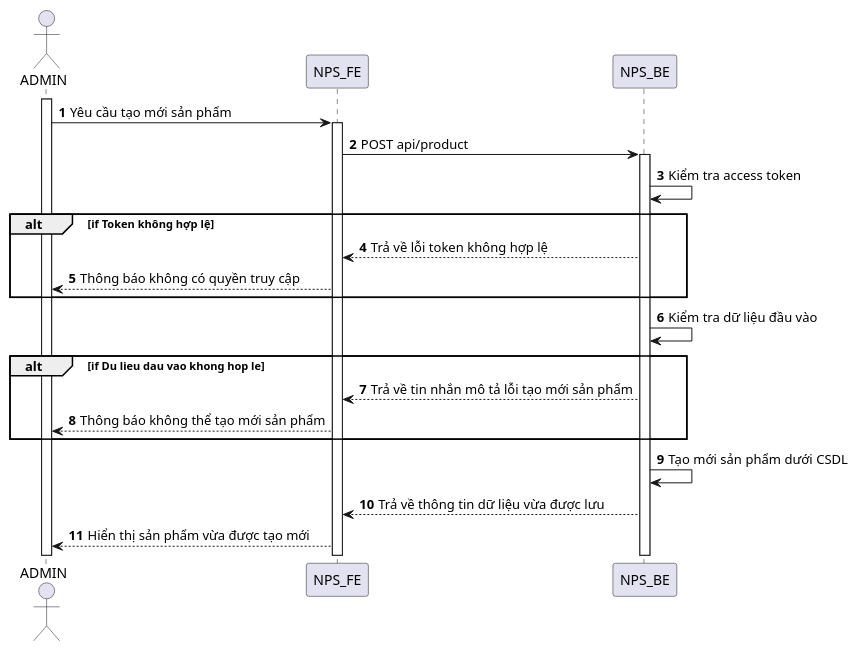
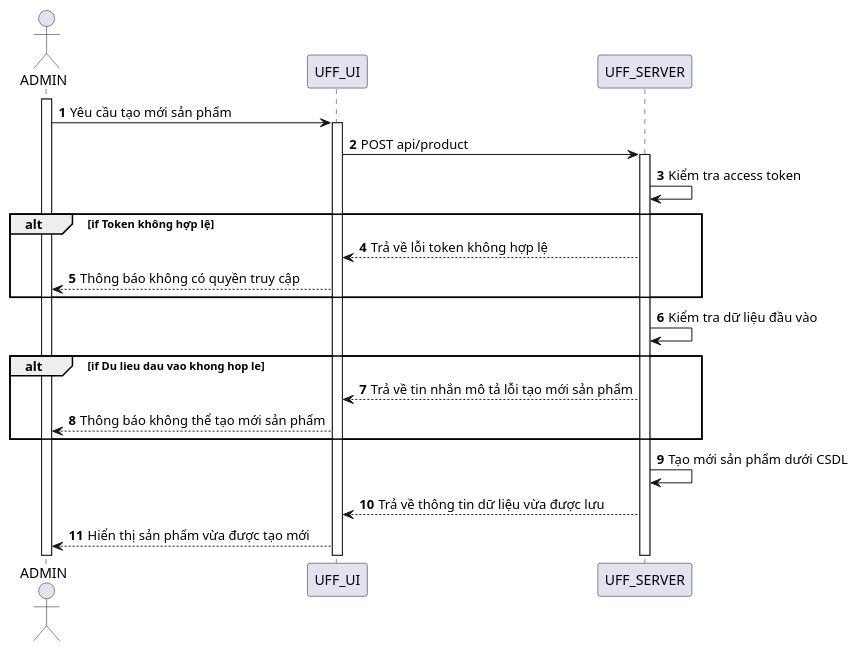
The diagram in SequenceDiagram/Product/create-product.puml (congdanh0101/fast-food), drawn with PlantUML before and after one commit. The commit also changed 177 other files, not shown here.

Commit message:
update sequence

```diff
--- a/SequenceDiagram/Product/create-product.puml
+++ b/SequenceDiagram/Product/create-product.puml
@@ -1,30 +1,30 @@
 @startuml
 autonumber
 actor ADMIN
 
 activate ADMIN
 
-ADMIN -> NPS_FE: Yêu cầu tạo mới sản phẩm
-activate NPS_FE
+ADMIN -> UFF_UI: Yêu cầu tạo mới sản phẩm
+activate UFF_UI
 
-NPS_FE -> NPS_BE: POST api/product
-activate NPS_BE
+UFF_UI -> UFF_SERVER: POST api/product
+activate UFF_SERVER
 
-NPS_BE -> NPS_BE: Kiểm tra access token
+UFF_SERVER -> UFF_SERVER: Kiểm tra access token
 
 alt if Token không hợp lệ
-NPS_BE --> NPS_FE: Trả về lỗi token không hợp lệ
-NPS_FE --> ADMIN: Thông báo không có quyền truy cập
+UFF_SERVER --> UFF_UI: Trả về lỗi token không hợp lệ
+UFF_UI --> ADMIN: Thông báo không có quyền truy cập
 end
-NPS_BE -> NPS_BE: Kiểm tra dữ liệu đầu vào
+UFF_SERVER -> UFF_SERVER: Kiểm tra dữ liệu đầu vào
 
 alt if Du lieu dau vao khong hop le
-NPS_BE --> NPS_FE: Trả về tin nhắn mô tả lỗi tạo mới sản phẩm
-NPS_FE --> ADMIN: Thông báo không thể tạo mới sản phẩm
+UFF_SERVER --> UFF_UI: Trả về tin nhắn mô tả lỗi tạo mới sản phẩm
+UFF_UI --> ADMIN: Thông báo không thể tạo mới sản phẩm
 end
 
-NPS_BE->NPS_BE: Tạo mới sản phẩm dưới CSDL
-NPS_BE --> NPS_FE: Trả về thông tin dữ liệu vừa được lưu
-NPS_FE --> ADMIN: Hiển thị sản phẩm vừa được tạo mới
+UFF_SERVER->UFF_SERVER: Tạo mới sản phẩm dưới CSDL
+UFF_SERVER --> UFF_UI: Trả về thông tin dữ liệu vừa được lưu
+UFF_UI --> ADMIN: Hiển thị sản phẩm vừa được tạo mới
 
 @enduml
```
